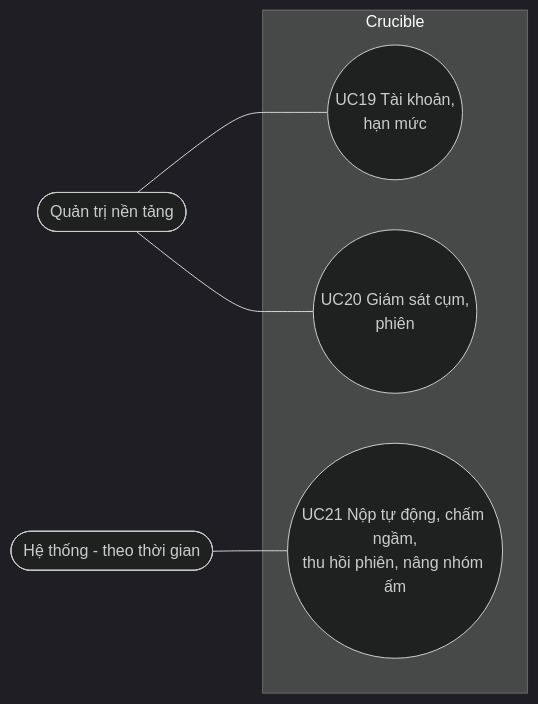
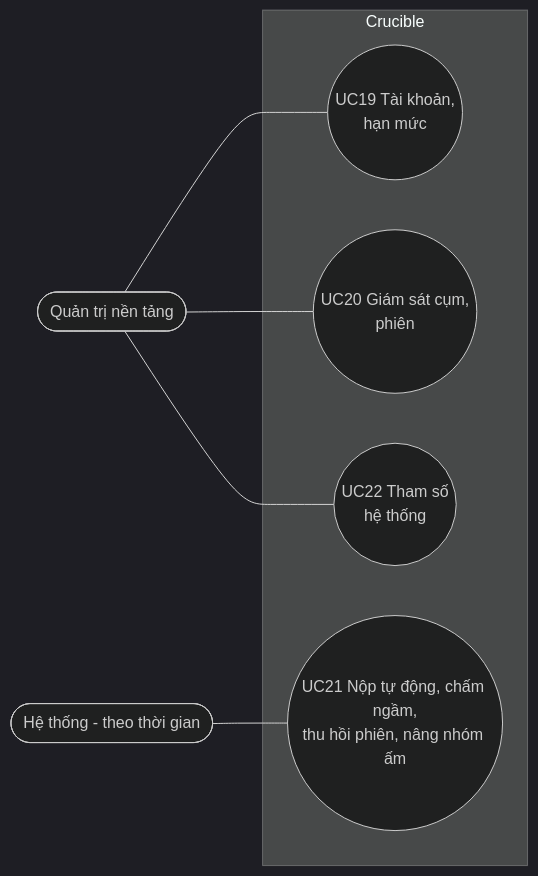
One commit to NhatMinh0311/Crucible changed the third of 7 diagrams in docs/10-phan-tich-nghiep-vu.md. Above: the diagram before and after it, drawn with Mermaid (dark theme). The commit also changed other lines of this file and 2 other files, not shown here.

First line of the commit message:
Yêu cầu: tham số hệ thống do quản trị viên chỉnh

````diff
--- a/docs/10-phan-tich-nghiep-vu.md
+++ b/docs/10-phan-tich-nghiep-vu.md
@@ -66,12 +66,13 @@
 ```mermaid
 flowchart LR
     QT([Quản trị nền tảng])
     HT([Hệ thống - theo thời gian])
     subgraph Crucible
         UC19((UC19 Tài khoản,<br/>hạn mức))
         UC20((UC20 Giám sát cụm,<br/>phiên))
         UC21((UC21 Nộp tự động, chấm ngầm,<br/>thu hồi phiên, nâng nhóm ấm))
+        UC22((UC22 Tham số<br/>hệ thống))
     end
-    QT --- UC19 & UC20
+    QT --- UC19 & UC20 & UC22
     HT --- UC21
 ```
````
